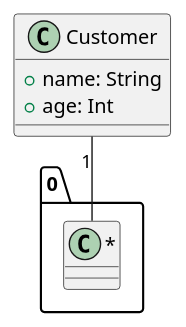
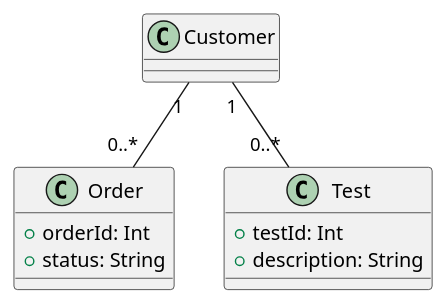
Before and after one commit to Haibrosh/OOAD_PlantUML_CICD: the diagram in docs/test-diagram.puml, drawn with PlantUML. The commit also changed other lines of this file, not shown here.

```diff
--- a/docs/test-diagram.puml
+++ b/docs/test-diagram.puml
@@ -1,10 +1,17 @@
 @startuml
 
-class Customer {
-    +name: String
-    +age: Int
+class Order {
+    +orderId: Int
+    +status: String
 }
 
-Customer "1" -- "0..*" 
+class Test {
+    +testId: Int
+    +description: String
+}
+
+Customer "1" -- "0..*" Order
+Customer "1" -- "0..*" Test
+
 
 @enduml
```
